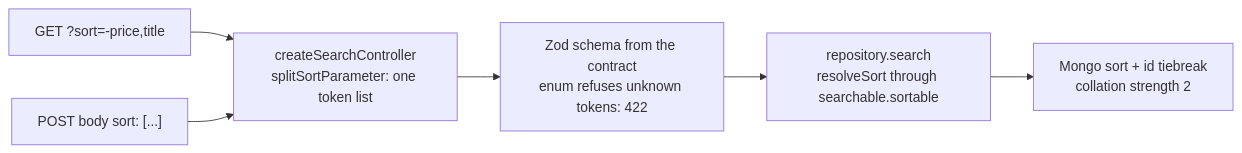
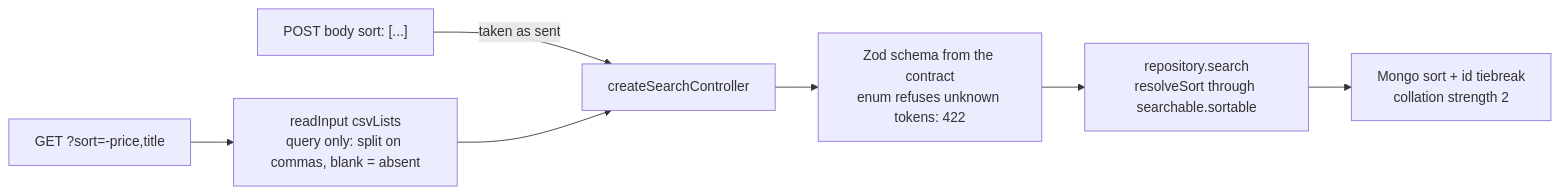
The diagram in docs/api/sorting.md (Guebbit/boilerplate-node-backend), drawn with Mermaid before and after one commit. The commit also changed other lines of this file and 8 other files, not shown here.

Commit message:
fix(search): split a sort list on commas in the query only, never in a body

````diff
--- a/docs/api/sorting.md
+++ b/docs/api/sorting.md
@@ -41,8 +42,9 @@
 ```mermaid
 flowchart LR
-    Q["GET ?sort=-price,title"] --> S["createSearchController<br/>splitSortParameter: one token list"]
-    B["POST body sort: [...]"] --> S
+    Q["GET ?sort=-price,title"] --> D["readInput csvLists<br/>query only: split on commas, blank = absent"]
+    B["POST body sort: [...]"] -->|"taken as sent"| S["createSearchController"]
+    D --> S
     S --> Z["Zod schema from the contract<br/>enum refuses unknown tokens: 422"]
     Z --> R["repository.search<br/>resolveSort through searchable.sortable"]
     R --> M["Mongo sort + id tiebreak<br/>collation strength 2"]
 ```
````
